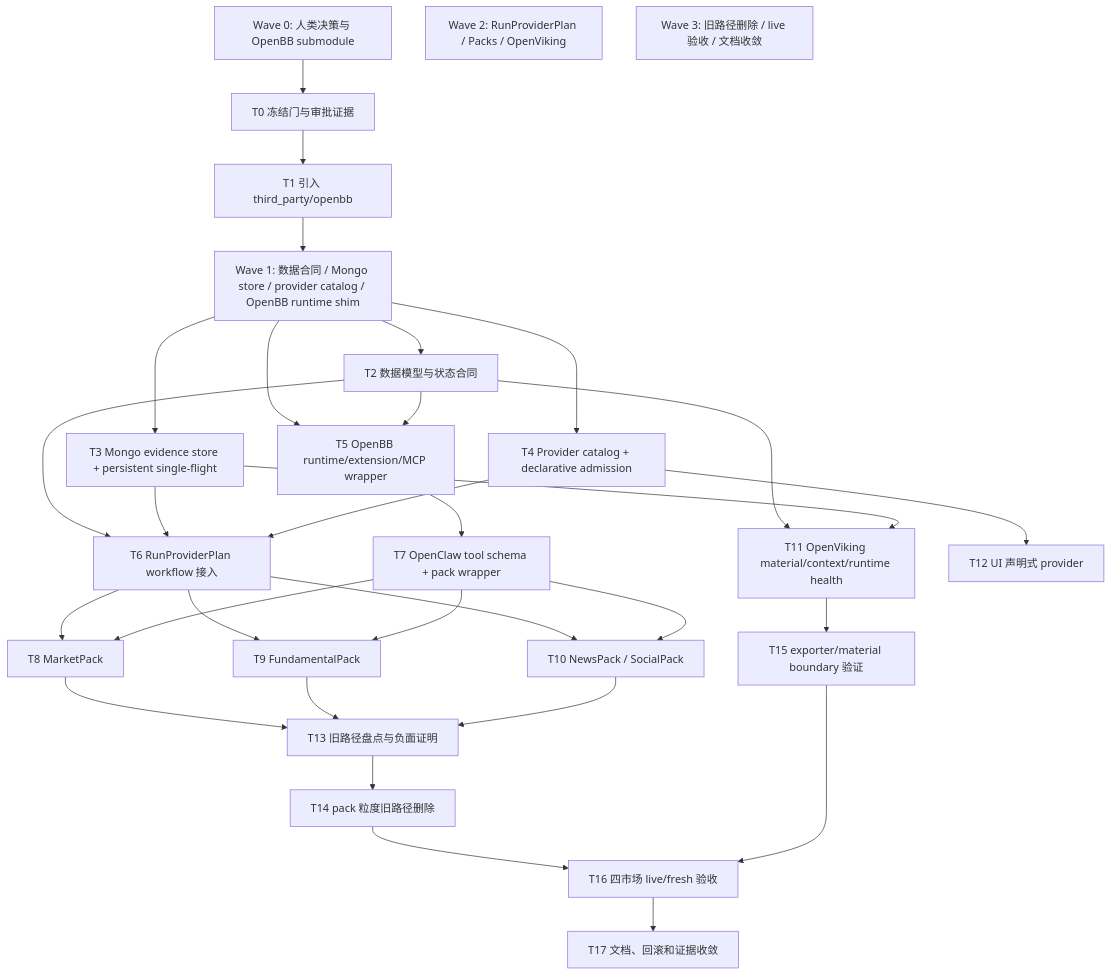
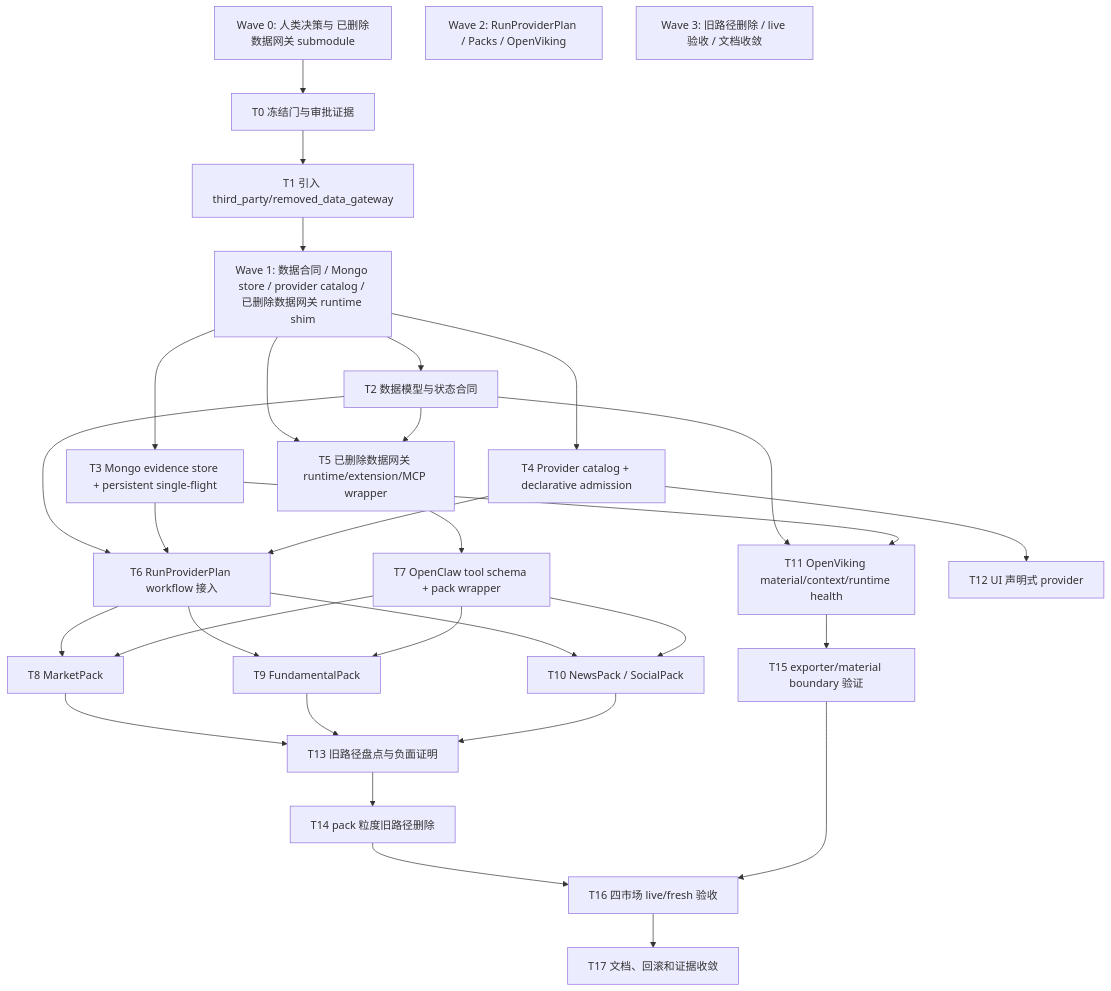
One commit to cflank/claw-trade changed the diagram in docs/数据源修改实施方案.md. Above: the diagram before and after it, drawn with Mermaid. The commit also changed other lines of this file and 177 other files, not shown here.

````diff
--- a/docs/数据源修改实施方案.md
+++ b/docs/数据源修改实施方案.md
@@ -108,57 +108,57 @@
 ```mermaid
 flowchart TB
-  W0["Wave 0: 人类决策与 OpenBB submodule"]
+  W0["Wave 0: 人类决策与 已删除数据网关 submodule"]
   T0["T0 冻结门与审批证据"]
-  T1["T1 引入 third_party/openbb"]
+  T1["T1 引入 third_party/removed_data_gateway"]
 
-  W1["Wave 1: 数据合同 / Mongo store / provider catalog / OpenBB runtime shim"]
+  W1["Wave 1: 数据合同 / Mongo store / provider catalog / 已删除数据网关 runtime shim"]
   T2["T2 数据模型与状态合同"]
   T3["T3 Mongo evidence store + persistent single-flight"]
   T4["T4 Provider catalog + declarative admission"]
-  T5["T5 OpenBB runtime/extension/MCP wrapper"]
+  T5["T5 已删除数据网关 runtime/extension/MCP wrapper"]
 
   W2["Wave 2: RunProviderPlan / Packs / OpenViking"]
   T6["T6 RunProviderPlan workflow 接入"]
   T7["T7 OpenClaw tool schema + pack wrapper"]
   T8["T8 MarketPack"]
   T9["T9 FundamentalPack"]
   T10["T10 NewsPack / SocialPack"]
   T11["T11 OpenViking material/context/runtime health"]
   T12["T12 UI 声明式 provider"]
 
   W3["Wave 3: 旧路径删除 / live 验收 / 文档收敛"]
   T13["T13 旧路径盘点与负面证明"]
   T14["T14 pack 粒度旧路径删除"]
   T15["T15 exporter/material boundary 验证"]
   T16["T16 四市场 live/fresh 验收"]
   T17["T17 文档、回滚和证据收敛"]
 
   W0 --> T0 --> T1
   T1 --> W1
   W1 --> T2
   W1 --> T3
   W1 --> T4
   W1 --> T5
   T2 --> T5
   T2 --> T6
   T3 --> T6
   T4 --> T6
   T5 --> T7
   T6 --> T8
   T6 --> T9
   T6 --> T10
   T7 --> T8
   T7 --> T9
   T7 --> T10
   T2 --> T11
   T3 --> T11
   T4 --> T12
   T8 --> T13
   T9 --> T13
   T10 --> T13
   T13 --> T14
   T11 --> T15
   T14 --> T16
   T15 --> T16
   T16 --> T17
 ```
````
